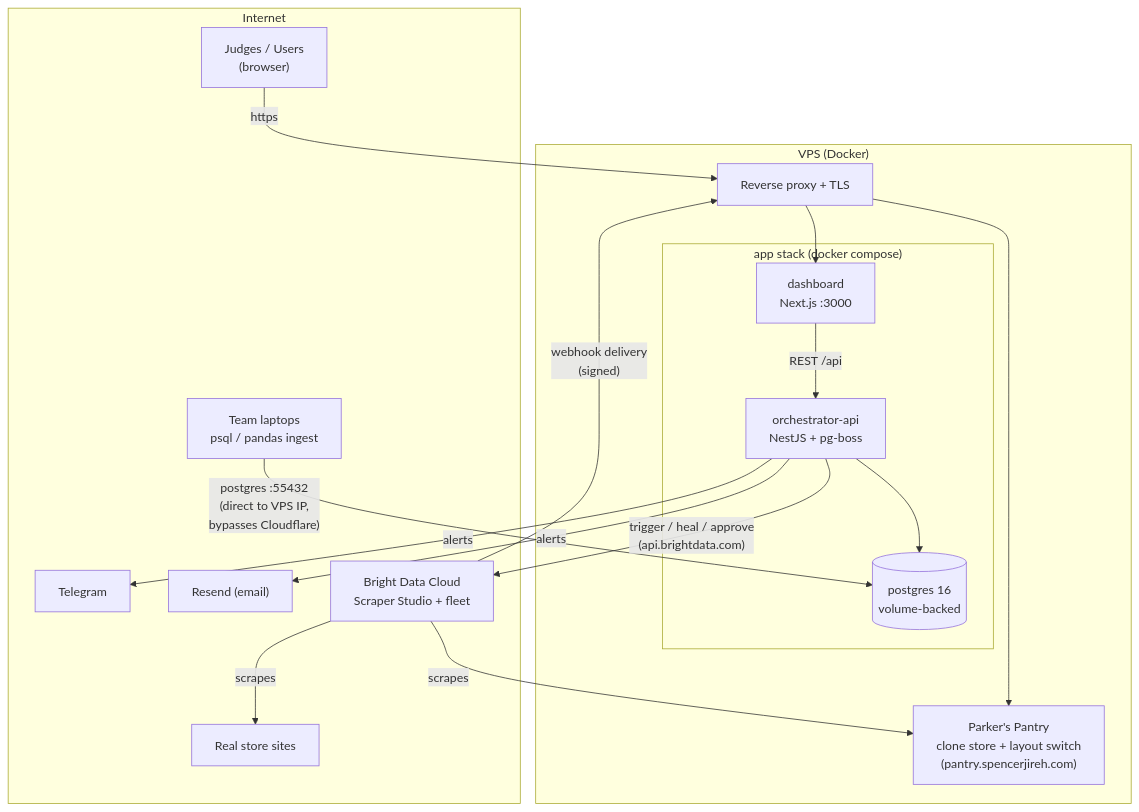
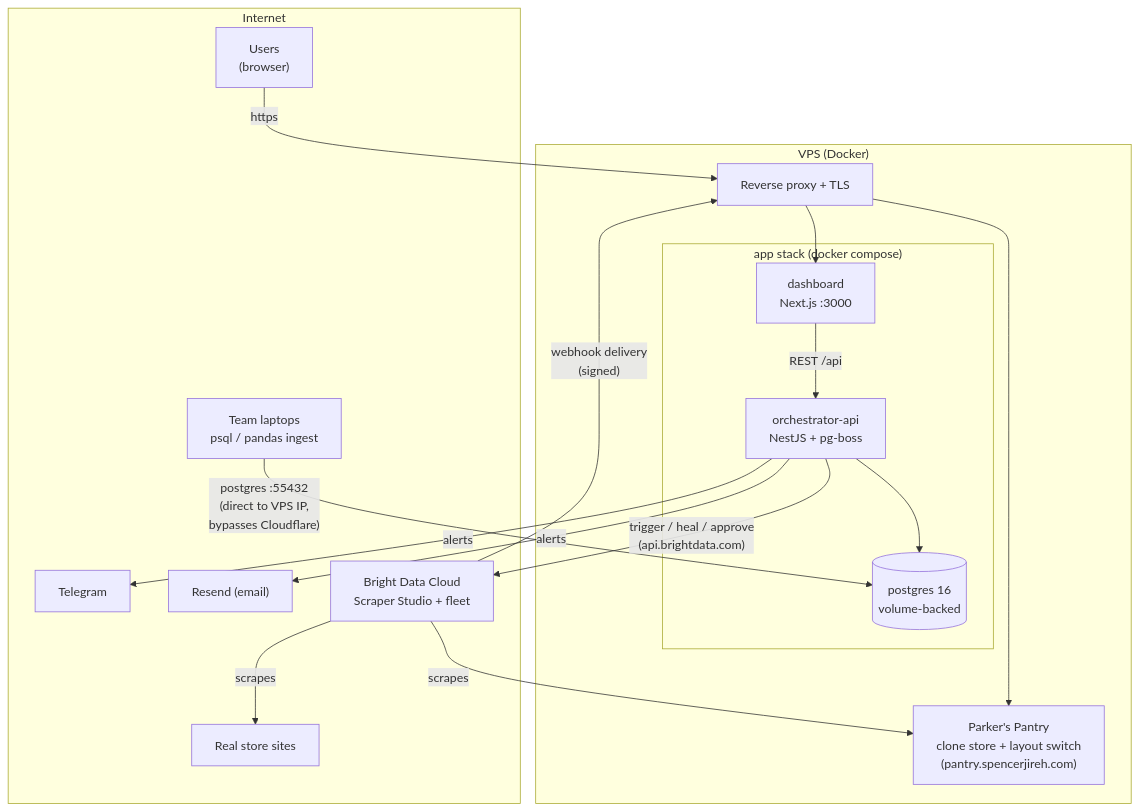
Before and after one commit to spencerjireh/basketwatch: the fifth of 5 diagrams in docs/architecture.md, drawn with Mermaid. The commit also changed other lines of this file and 9 other files, not shown here.

````diff
--- a/docs/architecture.md
+++ b/docs/architecture.md
@@ -340,34 +335,34 @@
 ```mermaid
 flowchart TB
     subgraph INET["Internet"]
-        JUDGE["Judges / Users<br/>(browser)"]
+        USER["Users<br/>(browser)"]
         TG["Telegram"]
         RESEND["Resend (email)"]
         BDCLOUD["Bright Data Cloud<br/>Scraper Studio + fleet"]
         STORES["Real store sites"]
         TEAM["Team laptops<br/>psql / pandas ingest"]
     end
 
     subgraph COOLIFY["VPS (Docker)"]
         PROXY["Reverse proxy + TLS"]
         subgraph APP["app stack (docker compose)"]
             WEB["dashboard<br/>Next.js :3000"]
             APIC["orchestrator-api<br/>NestJS + pg-boss"]
             PG[("postgres 16<br/>volume-backed")]
         end
         CLONE["Parker's Pantry<br/>clone store + layout switch<br/>(pantry.spencerjireh.com)"]
     end
 
-    JUDGE -->|https| PROXY
+    USER -->|https| PROXY
     PROXY --> WEB
     PROXY --> CLONE
     WEB -->|REST /api| APIC
     APIC --> PG
     APIC -->|"trigger / heal / approve<br/>(api.brightdata.com)"| BDCLOUD
     BDCLOUD -->|"webhook delivery<br/>(signed)"| PROXY
     BDCLOUD -->|scrapes| STORES
     BDCLOUD -->|scrapes| CLONE
     APIC -->|alerts| RESEND
     APIC -->|alerts| TG
     TEAM -->|"postgres :55432<br/>(direct to VPS IP,<br/>bypasses Cloudflare)"| PG
 ```
````
